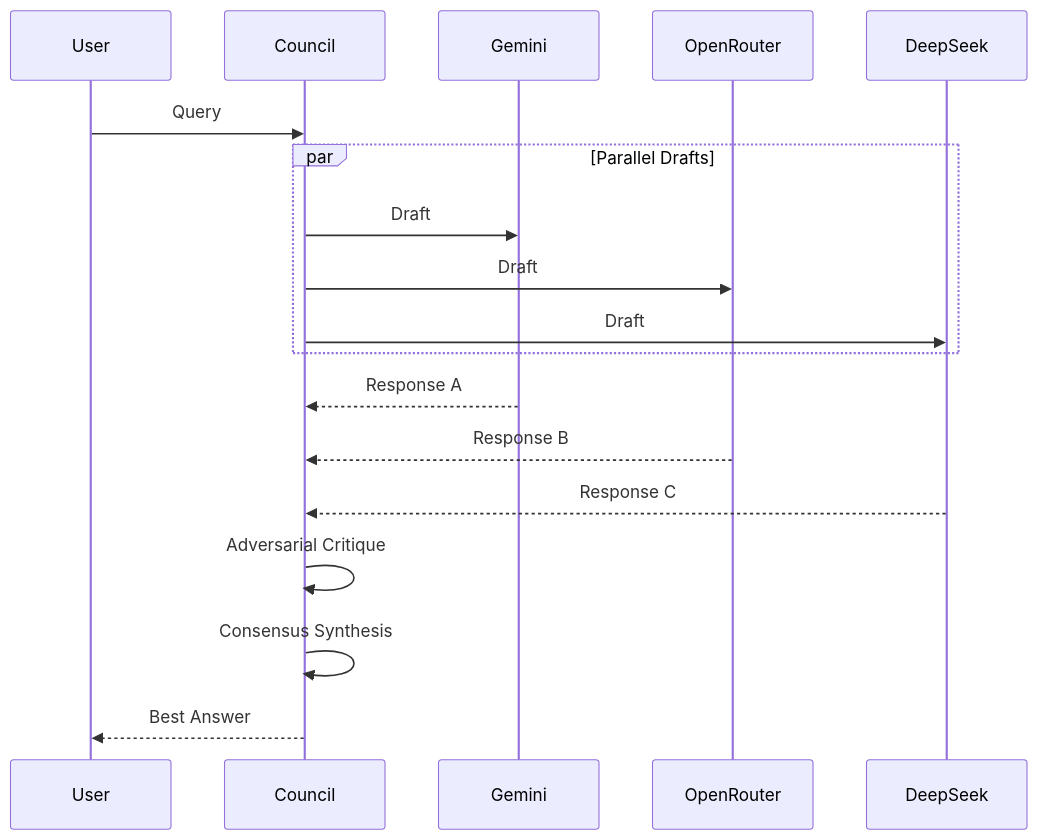
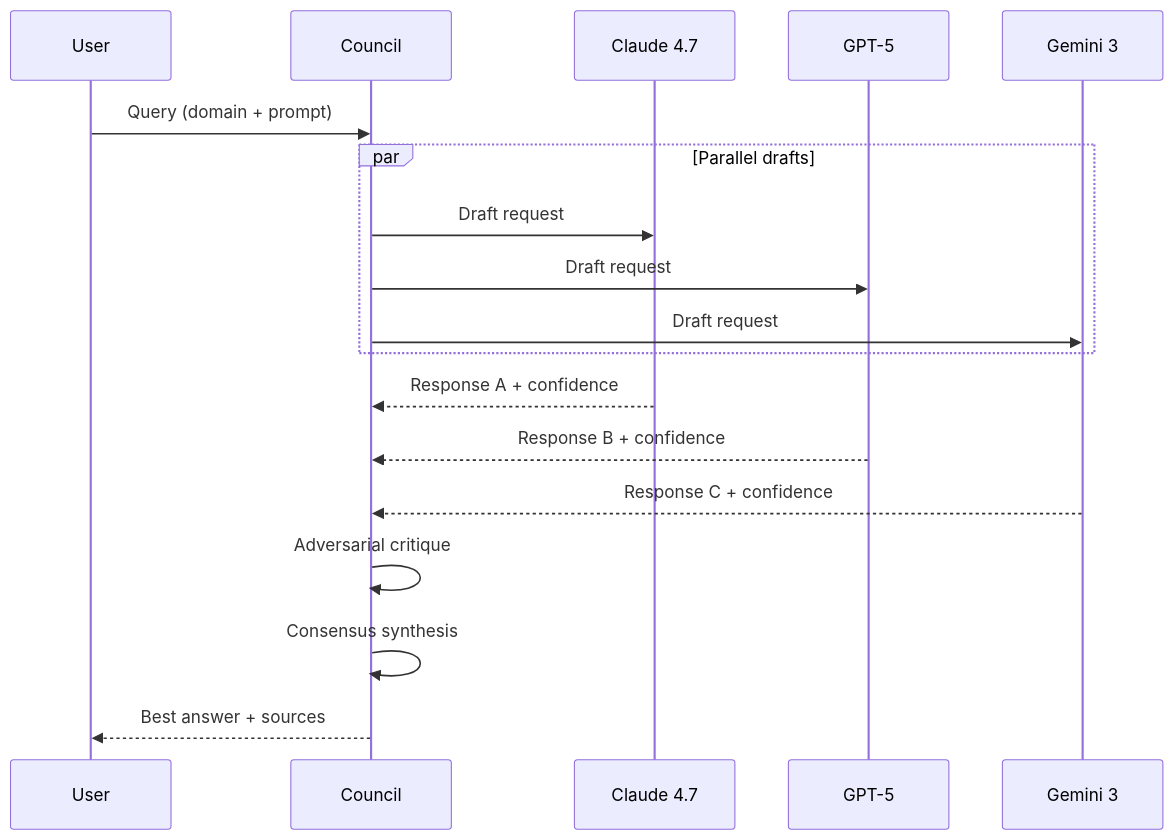
Before and after one commit to No3214/pt: the fourth of 7 diagrams in .claude/skills/mermaid-diagrams/SKILL.md, drawn with Mermaid. The commit also changed other lines of this file and 202 other files, not shown here.

````diff
--- a/.claude/skills/mermaid-diagrams/SKILL.md
+++ b/.claude/skills/mermaid-diagrams/SKILL.md
@@ -44,15 +64,20 @@
 ```mermaid
 sequenceDiagram
-    User->>Council: Query
-    par Parallel Drafts
-        Council->>Gemini: Draft
-        Council->>OpenRouter: Draft
-        Council->>DeepSeek: Draft
+    participant U as User
+    participant C as Council
+    participant A as Claude 4.7
+    participant G as GPT-5
+    participant M as Gemini 3
+    U->>C: Query (domain + prompt)
+    par Parallel drafts
+        C->>A: Draft request
+        C->>G: Draft request
+        C->>M: Draft request
     end
-    Gemini-->>Council: Response A
-    OpenRouter-->>Council: Response B
-    DeepSeek-->>Council: Response C
-    Council->>Council: Adversarial Critique
-    Council->>Council: Consensus Synthesis
-    Council-->>User: Best Answer
+    A-->>C: Response A + confidence
+    G-->>C: Response B + confidence
+    M-->>C: Response C + confidence
+    C->>C: Adversarial critique
+    C->>C: Consensus synthesis
+    C-->>U: Best answer + sources
 ```
````
